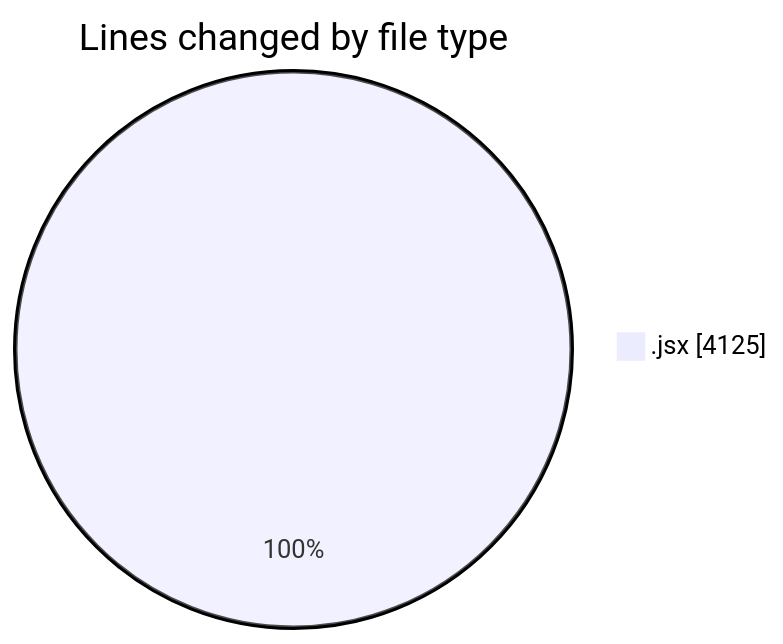
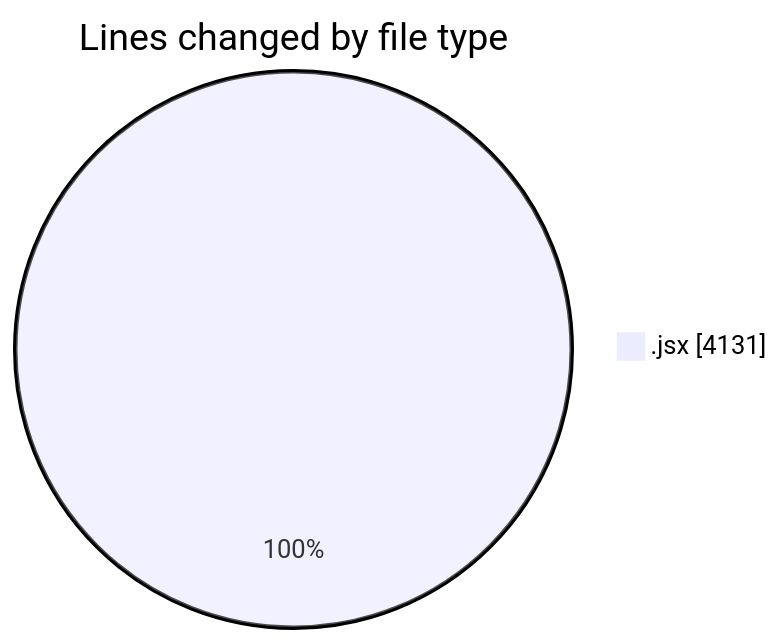
One commit to nxtqubesakshisongat/code-tracking changed the first of 2 diagrams in 2025-07-08/argos/README.md. Above: the diagram before and after it, drawn with Mermaid. The commit also changed other lines of this file and 1 other file, not shown here.

````diff
--- a/2025-07-08/argos/README.md
+++ b/2025-07-08/argos/README.md
@@ -25,5 +25,5 @@
 ```mermaid
 pie showData
 title Lines changed by file type
-".jsx" : 4125
+".jsx" : 4131
 ```
````
